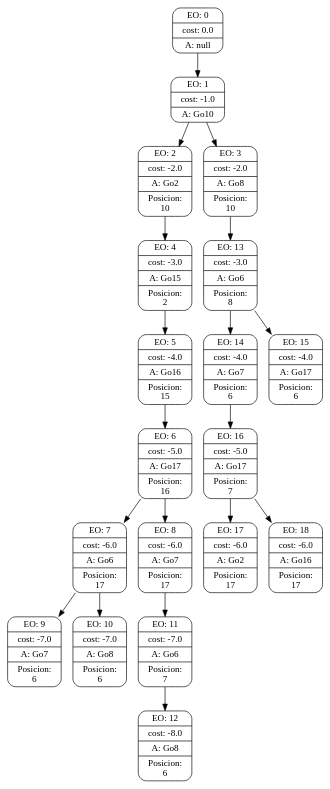
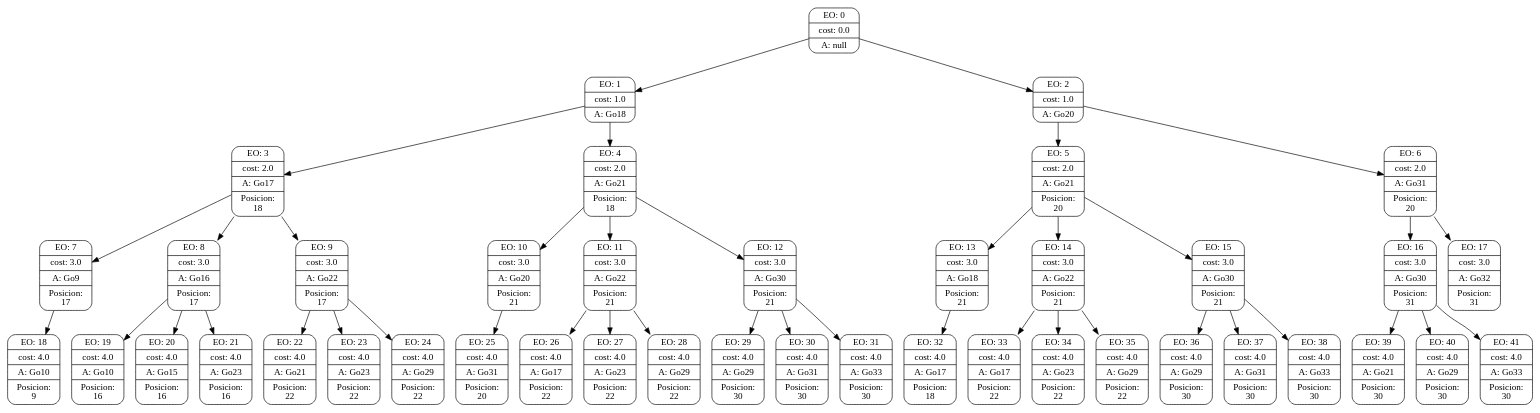
Before and after one commit to lniklison/TP-Inteligencia-artificial: the diagram in searchGVTrees/8.dot, drawn with Graphviz. The commit also changed 26 other files, not shown here.

```diff
--- a/searchGVTrees/8.dot
+++ b/searchGVTrees/8.dot
@@ -1,60 +1,129 @@
 digraph g {
 node [shape = Mrecord];
 nodo0[label="{EO: 0|cost: 0.0|A: null}"]
-nodo1[label="{EO: 1|cost: -1.0|A: Go10}"]
-nodo2[label="{EO: 2|cost: -2.0|A: Go2|Posicion:\n10}"]
-nodo4[label="{EO: 4|cost: -3.0|A: Go15|Posicion:\n2}"]
-nodo5[label="{EO: 5|cost: -4.0|A: Go16|Posicion:\n15}"]
-nodo6[label="{EO: 6|cost: -5.0|A: Go17|Posicion:\n16}"]
-nodo7[label="{EO: 7|cost: -6.0|A: Go6|Posicion:\n17}"]
-nodo9[label="{EO: 9|cost: -7.0|A: Go7|Posicion:\n6}"]
+nodo1[label="{EO: 1|cost: 1.0|A: Go18}"]
+nodo3[label="{EO: 3|cost: 2.0|A: Go17|Posicion:\n18}"]
+nodo7[label="{EO: 7|cost: 3.0|A: Go9|Posicion:\n17}"]
+nodo18[label="{EO: 18|cost: 4.0|A: Go10|Posicion:\n9}"]
 
-nodo7 -> nodo9;
-nodo10[label="{EO: 10|cost: -7.0|A: Go8|Posicion:\n6}"]
+nodo7 -> nodo18;
 
-nodo7 -> nodo10;
+nodo3 -> nodo7;
+nodo8[label="{EO: 8|cost: 3.0|A: Go16|Posicion:\n17}"]
+nodo19[label="{EO: 19|cost: 4.0|A: Go10|Posicion:\n16}"]
 
-nodo6 -> nodo7;
-nodo8[label="{EO: 8|cost: -6.0|A: Go7|Posicion:\n17}"]
-nodo11[label="{EO: 11|cost: -7.0|A: Go6|Posicion:\n7}"]
-nodo12[label="{EO: 12|cost: -8.0|A: Go8|Posicion:\n6}"]
+nodo8 -> nodo19;
+nodo20[label="{EO: 20|cost: 4.0|A: Go15|Posicion:\n16}"]
 
-nodo11 -> nodo12;
+nodo8 -> nodo20;
+nodo21[label="{EO: 21|cost: 4.0|A: Go23|Posicion:\n16}"]
 
-nodo8 -> nodo11;
+nodo8 -> nodo21;
 
-nodo6 -> nodo8;
+nodo3 -> nodo8;
+nodo9[label="{EO: 9|cost: 3.0|A: Go22|Posicion:\n17}"]
+nodo22[label="{EO: 22|cost: 4.0|A: Go21|Posicion:\n22}"]
 
-nodo5 -> nodo6;
+nodo9 -> nodo22;
+nodo23[label="{EO: 23|cost: 4.0|A: Go23|Posicion:\n22}"]
 
-nodo4 -> nodo5;
+nodo9 -> nodo23;
+nodo24[label="{EO: 24|cost: 4.0|A: Go29|Posicion:\n22}"]
 
-nodo2 -> nodo4;
+nodo9 -> nodo24;
 
-nodo1 -> nodo2;
-nodo3[label="{EO: 3|cost: -2.0|A: Go8|Posicion:\n10}"]
-nodo13[label="{EO: 13|cost: -3.0|A: Go6|Posicion:\n8}"]
-nodo14[label="{EO: 14|cost: -4.0|A: Go7|Posicion:\n6}"]
-nodo16[label="{EO: 16|cost: -5.0|A: Go17|Posicion:\n7}"]
-nodo17[label="{EO: 17|cost: -6.0|A: Go2|Posicion:\n17}"]
-
-nodo16 -> nodo17;
-nodo18[label="{EO: 18|cost: -6.0|A: Go16|Posicion:\n17}"]
-
-nodo16 -> nodo18;
-
-nodo14 -> nodo16;
-
-nodo13 -> nodo14;
-nodo15[label="{EO: 15|cost: -4.0|A: Go17|Posicion:\n6}"]
-
-nodo13 -> nodo15;
-
-nodo3 -> nodo13;
+nodo3 -> nodo9;
 
 nodo1 -> nodo3;
+nodo4[label="{EO: 4|cost: 2.0|A: Go21|Posicion:\n18}"]
+nodo10[label="{EO: 10|cost: 3.0|A: Go20|Posicion:\n21}"]
+nodo25[label="{EO: 25|cost: 4.0|A: Go31|Posicion:\n20}"]
+
+nodo10 -> nodo25;
+
+nodo4 -> nodo10;
+nodo11[label="{EO: 11|cost: 3.0|A: Go22|Posicion:\n21}"]
+nodo26[label="{EO: 26|cost: 4.0|A: Go17|Posicion:\n22}"]
+
+nodo11 -> nodo26;
+nodo27[label="{EO: 27|cost: 4.0|A: Go23|Posicion:\n22}"]
+
+nodo11 -> nodo27;
+nodo28[label="{EO: 28|cost: 4.0|A: Go29|Posicion:\n22}"]
+
+nodo11 -> nodo28;
+
+nodo4 -> nodo11;
+nodo12[label="{EO: 12|cost: 3.0|A: Go30|Posicion:\n21}"]
+nodo29[label="{EO: 29|cost: 4.0|A: Go29|Posicion:\n30}"]
+
+nodo12 -> nodo29;
+nodo30[label="{EO: 30|cost: 4.0|A: Go31|Posicion:\n30}"]
+
+nodo12 -> nodo30;
+nodo31[label="{EO: 31|cost: 4.0|A: Go33|Posicion:\n30}"]
+
+nodo12 -> nodo31;
+
+nodo4 -> nodo12;
+
+nodo1 -> nodo4;
 
 nodo0 -> nodo1;
+nodo2[label="{EO: 2|cost: 1.0|A: Go20}"]
+nodo5[label="{EO: 5|cost: 2.0|A: Go21|Posicion:\n20}"]
+nodo13[label="{EO: 13|cost: 3.0|A: Go18|Posicion:\n21}"]
+nodo32[label="{EO: 32|cost: 4.0|A: Go17|Posicion:\n18}"]
+
+nodo13 -> nodo32;
+
+nodo5 -> nodo13;
+nodo14[label="{EO: 14|cost: 3.0|A: Go22|Posicion:\n21}"]
+nodo33[label="{EO: 33|cost: 4.0|A: Go17|Posicion:\n22}"]
+
+nodo14 -> nodo33;
+nodo34[label="{EO: 34|cost: 4.0|A: Go23|Posicion:\n22}"]
+
+nodo14 -> nodo34;
+nodo35[label="{EO: 35|cost: 4.0|A: Go29|Posicion:\n22}"]
+
+nodo14 -> nodo35;
+
+nodo5 -> nodo14;
+nodo15[label="{EO: 15|cost: 3.0|A: Go30|Posicion:\n21}"]
+nodo36[label="{EO: 36|cost: 4.0|A: Go29|Posicion:\n30}"]
+
+nodo15 -> nodo36;
+nodo37[label="{EO: 37|cost: 4.0|A: Go31|Posicion:\n30}"]
+
+nodo15 -> nodo37;
+nodo38[label="{EO: 38|cost: 4.0|A: Go33|Posicion:\n30}"]
+
+nodo15 -> nodo38;
+
+nodo5 -> nodo15;
+
+nodo2 -> nodo5;
+nodo6[label="{EO: 6|cost: 2.0|A: Go31|Posicion:\n20}"]
+nodo16[label="{EO: 16|cost: 3.0|A: Go30|Posicion:\n31}"]
+nodo39[label="{EO: 39|cost: 4.0|A: Go21|Posicion:\n30}"]
+
+nodo16 -> nodo39;
+nodo40[label="{EO: 40|cost: 4.0|A: Go29|Posicion:\n30}"]
+
+nodo16 -> nodo40;
+nodo41[label="{EO: 41|cost: 4.0|A: Go33|Posicion:\n30}"]
+
+nodo16 -> nodo41;
+
+nodo6 -> nodo16;
+nodo17[label="{EO: 17|cost: 3.0|A: Go32|Posicion:\n31}"]
+
+nodo6 -> nodo17;
+
+nodo2 -> nodo6;
+
+nodo0 -> nodo2;
 
 
 }
```
